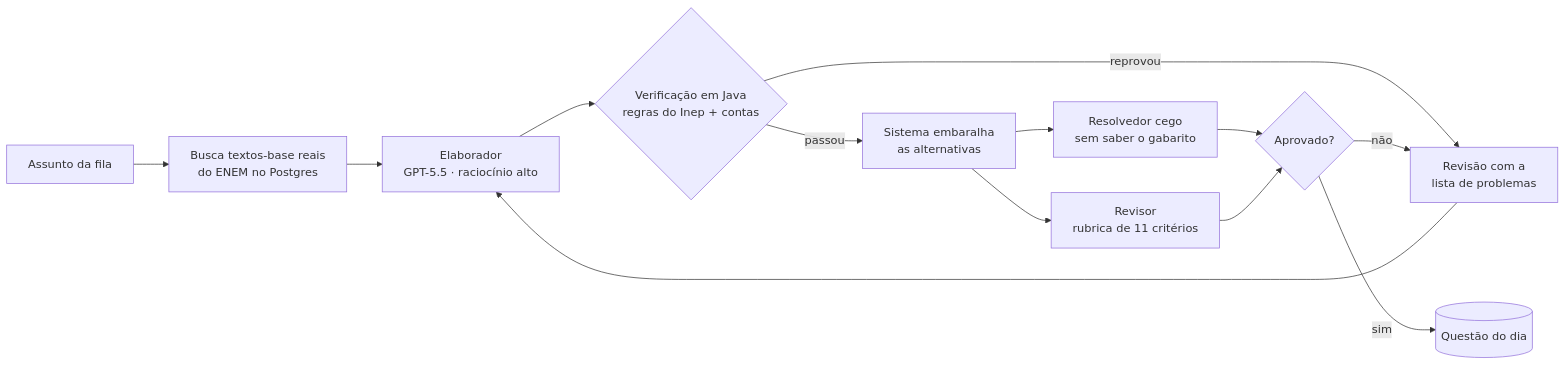
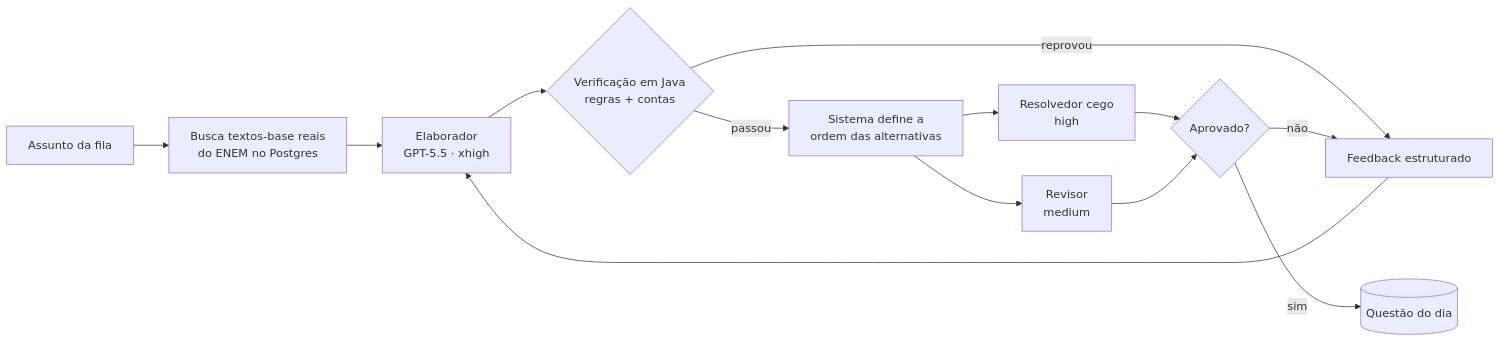
The diagram in README.md (joaopedro1422/EnemDaily), drawn with Mermaid before and after one commit. The commit also changed other lines of this file and 5 other files, not shown here.

````diff
--- a/README.md
+++ b/README.md
@@ -45,15 +77,15 @@
 ```mermaid
 flowchart LR
     A[Assunto da fila] --> B[Busca textos-base reais<br>do ENEM no Postgres]
-    B --> C[Elaborador<br>GPT-5.5 · raciocínio alto]
-    C --> D{Verificação em Java<br>regras do Inep + contas}
-    D -- reprovou --> R[Revisão com a<br>lista de problemas]
-    D -- passou --> E[Sistema embaralha<br>as alternativas]
-    E --> F[Resolvedor cego<br>sem saber o gabarito]
-    E --> G[Revisor<br>rubrica de 11 critérios]
+    B --> C[Elaborador<br>GPT-5.5 · xhigh]
+    C --> D{Verificação em Java<br>regras + contas}
+    D -- reprovou --> R[Feedback estruturado]
+    D -- passou --> E[Sistema define a<br>ordem das alternativas]
+    E --> F[Resolvedor cego<br>high]
+    E --> G[Revisor<br>medium]
     F --> H{Aprovado?}
     G --> H
     H -- não --> R
     R --> C
     H -- sim --> I[(Questão do dia)]
 ```
````
